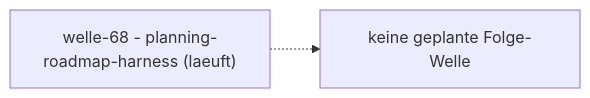
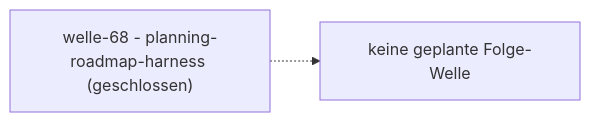
Before and after one commit to pt9912/d-check: the diagram in docs/plan/planning/in-progress/roadmap.md, drawn with Mermaid. The commit also changed other lines of this file and 4 other files, not shown here.

First line of the commit message:
docs(plan): welle-68 geschlossen — Planning-/Roadmap-Harness vollendet (slice-093)

````diff
--- a/docs/plan/planning/in-progress/roadmap.md
+++ b/docs/plan/planning/in-progress/roadmap.md
@@ -50,6 +49,6 @@
 ```mermaid
 flowchart LR
-    W68["welle-68 - planning-roadmap-harness (laeuft)"]
+    W68["welle-68 - planning-roadmap-harness (geschlossen)"]
     N["keine geplante Folge-Welle"]
     W68 -.-> N
 ```
````
